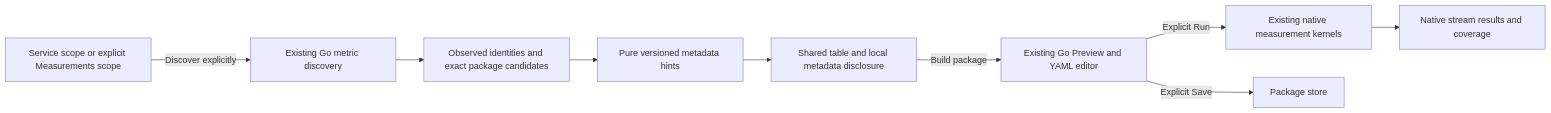
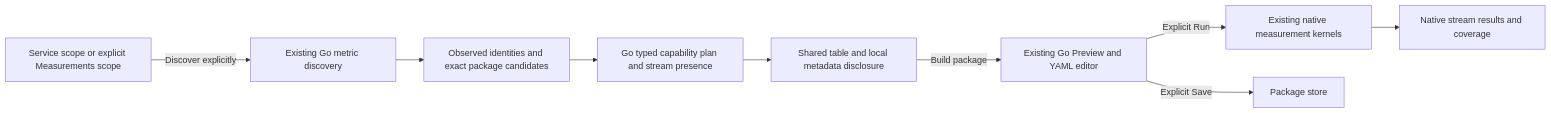
One commit to casselc/goo changed the diagram in docs/NATIVE_INSTRUMENT_DISCOVERY.md. Above: the diagram before and after it, drawn with Mermaid. The commit also changed other lines of this file and 32 other files, not shown here.

Commit message:
Plan native instrument capabilities and observed stream presence in Go

````diff
--- a/docs/NATIVE_INSTRUMENT_DISCOVERY.md
+++ b/docs/NATIVE_INSTRUMENT_DISCOVERY.md
@@ -57,11 +59,11 @@
 ```mermaid
 flowchart LR
   S[Service scope or explicit Measurements scope] -->|Discover explicitly| G[Existing Go metric discovery]
   G --> O[Observed identities and exact package candidates]
-  O --> H[Pure versioned metadata hints]
+  O --> H[Go typed capability plan and stream presence]
   H --> T[Shared table and local metadata disclosure]
   T -->|Build package| P[Existing Go Preview and YAML editor]
   P -->|Explicit Run| R[Existing native measurement kernels]
   R --> V[Native stream results and coverage]
   P -->|Explicit Save| D[Package store]
 ```
````
